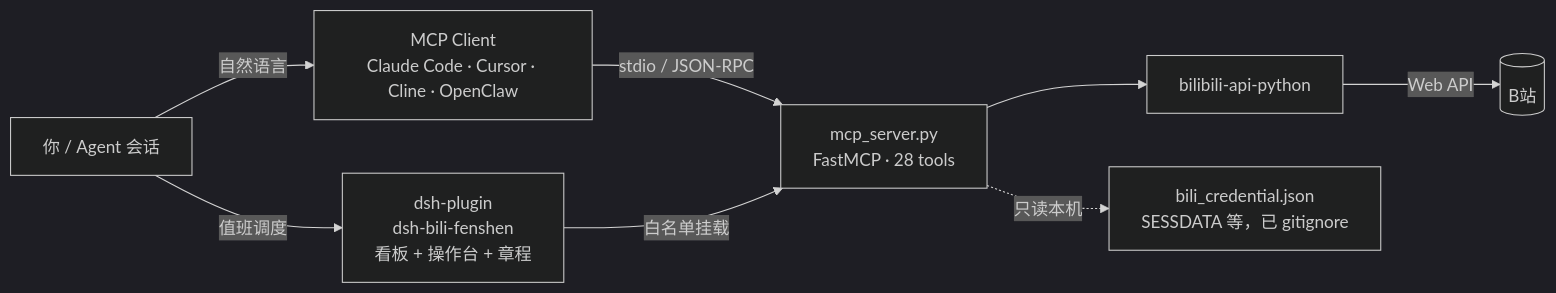
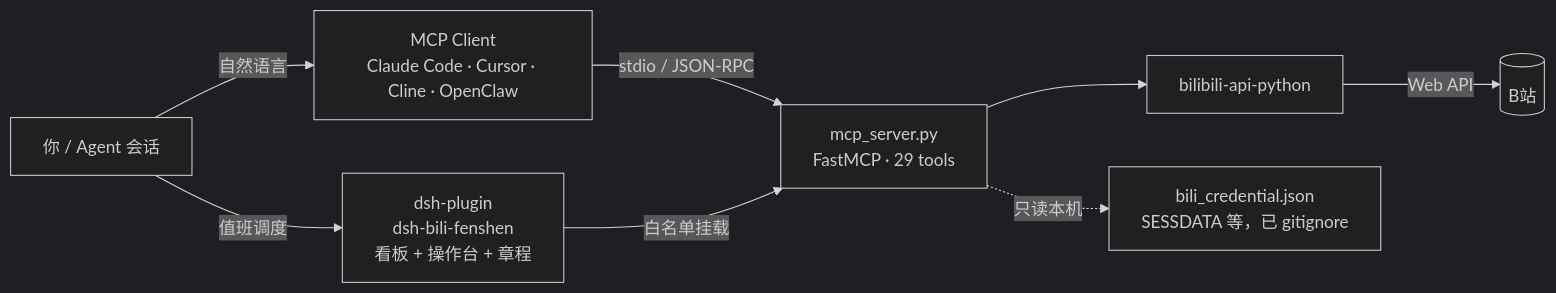
The diagram in README.md (Yaemikoreal/BilibiliPlayer), drawn with Mermaid (dark theme) before and after one commit. The commit also changed other lines of this file and 3 other files, not shown here.

````diff
--- a/README.md
+++ b/README.md
@@ -159,10 +160,10 @@
 ```mermaid
 flowchart LR
     U["你 / Agent 会话"] -->|自然语言| C["MCP Client<br/>Claude Code · Cursor · Cline · OpenClaw"]
     U -->|值班调度| P["dsh-plugin<br/>dsh-bili-fenshen<br/>看板 + 操作台 + 章程"]
-    C -->|stdio / JSON-RPC| S["mcp_server.py<br/>FastMCP · 28 tools"]
+    C -->|stdio / JSON-RPC| S["mcp_server.py<br/>FastMCP · 29 tools"]
     P -->|白名单挂载| S
     S --> L["bilibili-api-python"]
     L -->|Web API| B[("B站")]
     S -.->|只读本机| K["bili_credential.json<br/>SESSDATA 等，已 gitignore"]
 ```
````
